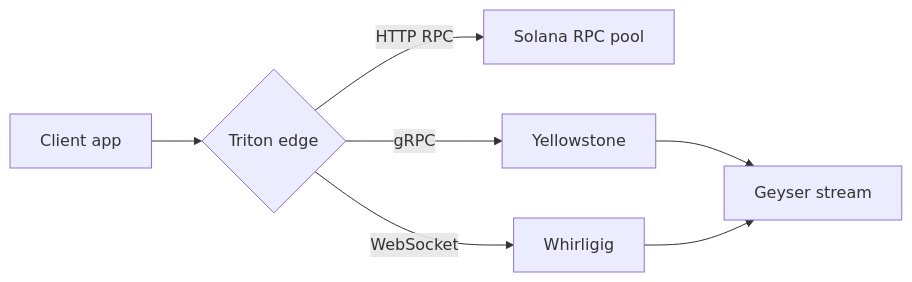
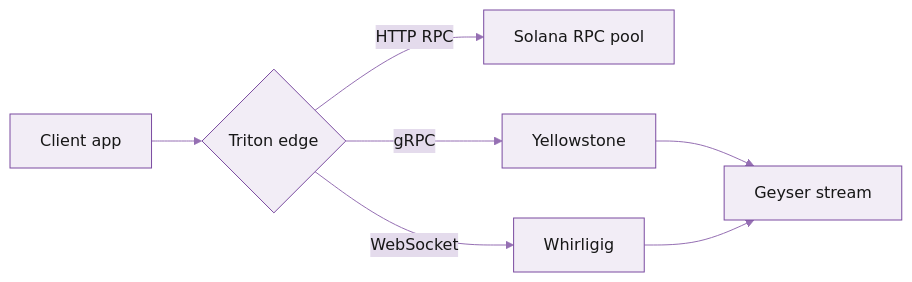
The second of 2 diagrams in kate-all-elements.mdx (kshyndina/docs), drawn with Mermaid before and after one commit. The commit also changed other lines of this file and 2 other files, not shown here.

````diff
--- a/kate-all-elements.mdx
+++ b/kate-all-elements.mdx
@@ -304,9 +307,10 @@
 ```mermaid
+%%{init: {'theme':'base','themeVariables':{'primaryColor':'#F2EDF6','primaryBorderColor':'#7A4BA0','primaryTextColor':'#171717','lineColor':'#956FB3','secondaryColor':'#E4DBEC','tertiaryColor':'#D7C9E3'}}}%%
 flowchart LR
     A[Client app] --> B{Triton edge}
     B -->|HTTP RPC| C[Solana RPC pool]
     B -->|WebSocket| D[Whirligig]
     B -->|gRPC| E[Yellowstone]
     E --> F[Geyser stream]
     D --> F
 ```
````
